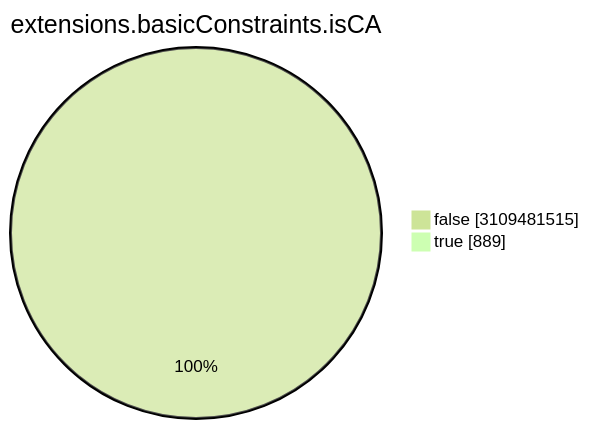
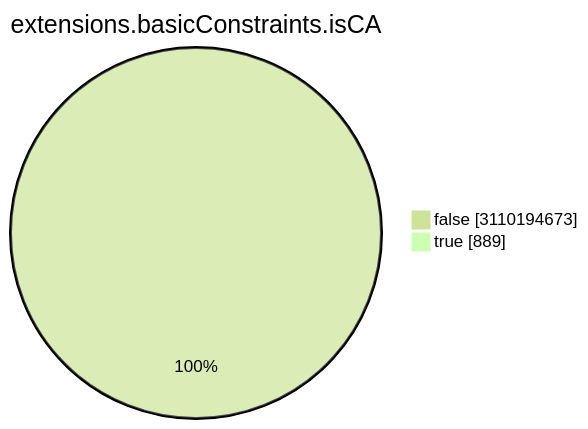
One commit to christiankrug/ctmonitor_visualization changed the seventh of 15 diagrams in TOTAL/README.md. Above: the diagram before and after it, drawn with Mermaid (forest theme). The commit also changed other lines of this file, not shown here.

````diff
--- a/TOTAL/README.md
+++ b/TOTAL/README.md
@@ -3088,6 +3088,6 @@
 ```mermaid
 pie showData
 title extensions.basicConstraints.isCA
-"false" :3109481515
+"false" :3110194673
 "true" :889
 ```
````
